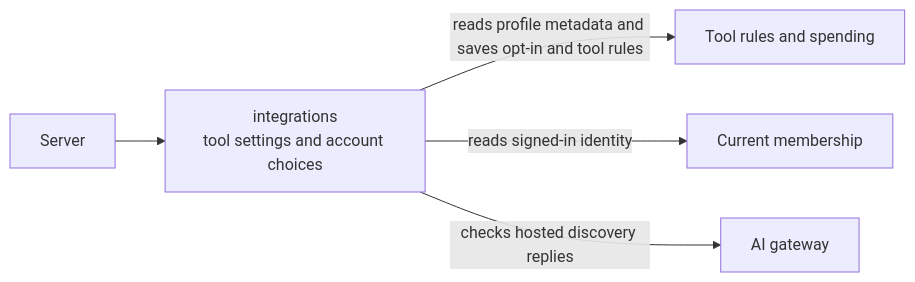
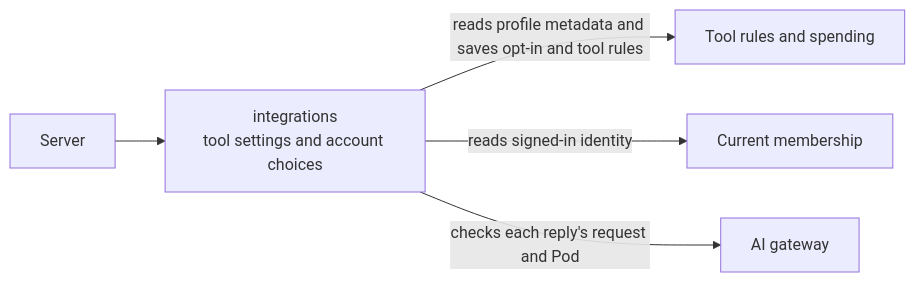
Before and after one commit to elewa-git/opencrane-new: the diagram in apps/server/src/integrations/README.md, drawn with Mermaid. The commit also changed other lines of this file and 5 other files, not shown here.

Commit message:
🔒 Bind hosted replies to each checked Pod request

````diff
--- a/apps/server/src/integrations/README.md
+++ b/apps/server/src/integrations/README.md
@@ -76,7 +76,7 @@
 ```mermaid
 flowchart LR
   server[Server] --> integrations["integrations<br/>tool settings and account choices"]
   integrations -->|reads profile metadata and saves opt-in and tool rules| models[Tool rules and spending]
   integrations -->|reads signed-in identity| members[Current membership]
-  integrations -->|checks hosted discovery replies| gateway[AI gateway]
+  integrations -->|checks each reply's request and Pod| gateway[AI gateway]
 ```
````
